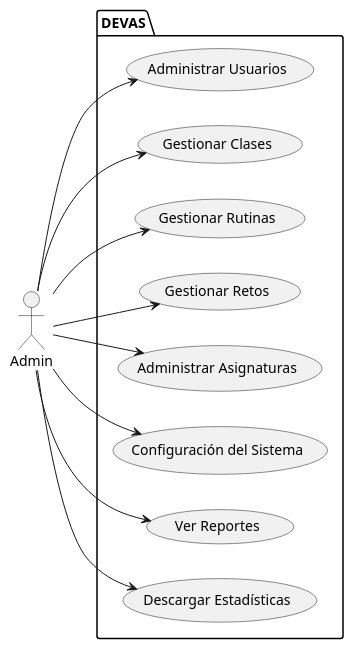
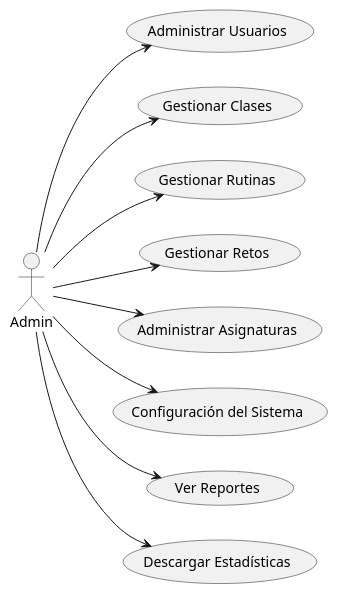
One commit to mmasias/24-25-IdSw1-SDR changed the diagram in Documentos/CasosUso/CdU_Admin.puml. Above: the diagram before and after it, drawn with PlantUML.

```diff
--- a/Documentos/CasosUso/CdU_Admin.puml
+++ b/Documentos/CasosUso/CdU_Admin.puml
@@ -1,25 +1,23 @@
 @startuml
 left to right direction
 
 actor Admin
 
-package DEVAS{
-usecase "Administrar Usuarios" as UC_AdministrarUsuarios
-usecase "Gestionar Clases" as UC_GestionarClases
-usecase "Gestionar Rutinas" as UC_GestionarRutinas
-usecase "Gestionar Retos" as UC_GestionarRetos
-usecase "Administrar Asignaturas" as UC_AdministrarAsignaturas
-usecase "Configuración del Sistema" as UC_ConfigurarSistema
-usecase "Ver Reportes" as UC_VerReportes
-usecase "Descargar Estadísticas" as UC_DescargarEstadisticas
+usecase "Administrar Usuarios" as AdministrarUsuarios
+usecase "Gestionar Clases" as GestionarClases
+usecase "Gestionar Rutinas" as GestionarRutinas
+usecase "Gestionar Retos" as GestionarRetos
+usecase "Administrar Asignaturas" as AdministrarAsignaturas
+usecase "Configuración del Sistema" as ConfigurarSistema
+usecase "Ver Reportes" as VerReportes
+usecase "Descargar Estadísticas" as DescargarEstadisticas
+Admin --> AdministrarUsuarios
+Admin --> GestionarClases
+Admin --> GestionarRutinas
+Admin --> GestionarRetos
+Admin --> AdministrarAsignaturas
+Admin --> ConfigurarSistema
+Admin --> VerReportes
+Admin --> DescargarEstadisticas
 
-Admin --> UC_AdministrarUsuarios
-Admin --> UC_GestionarClases
-Admin --> UC_GestionarRutinas
-Admin --> UC_GestionarRetos
-Admin --> UC_AdministrarAsignaturas
-Admin --> UC_ConfigurarSistema
-Admin --> UC_VerReportes
-Admin --> UC_DescargarEstadisticas
-}
 @enduml
```
